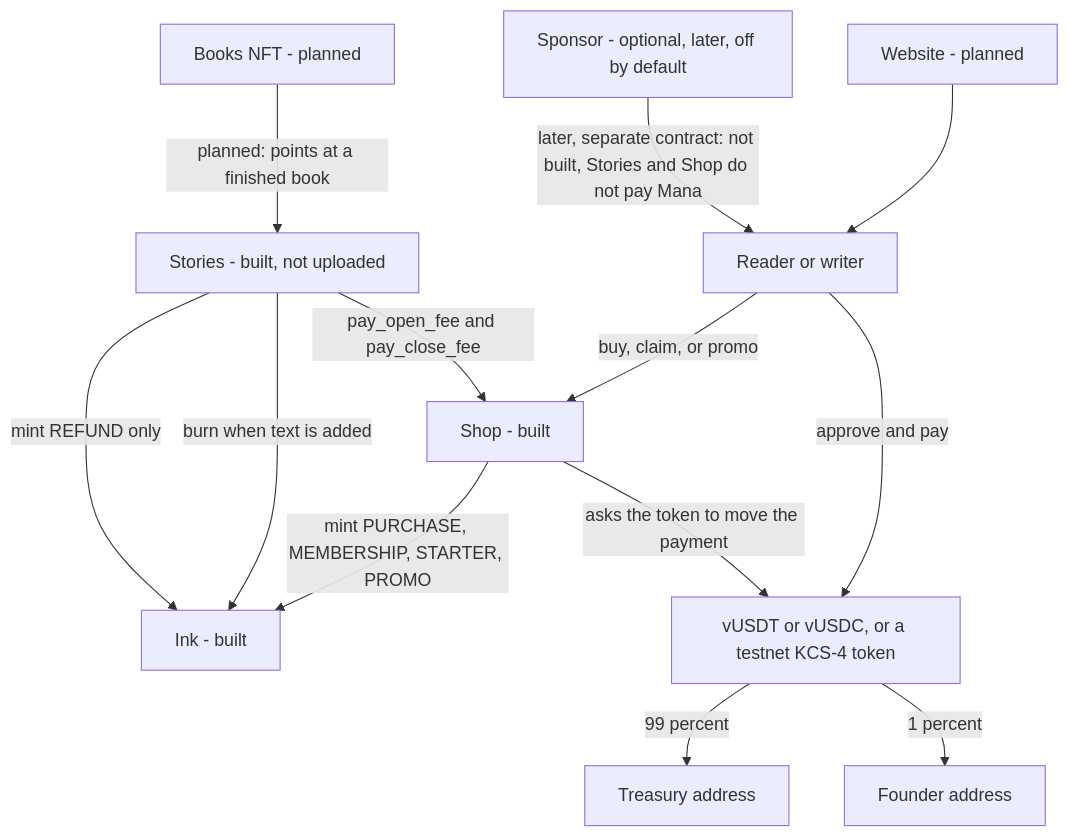
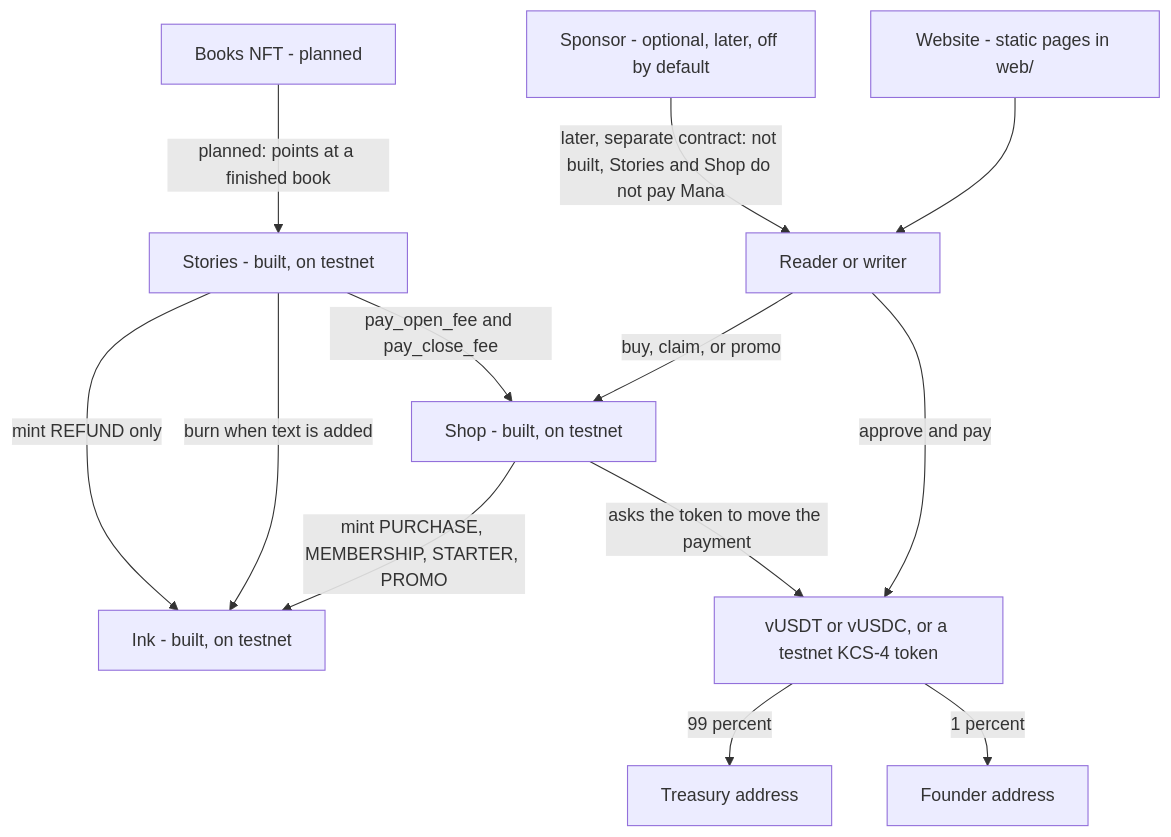
Before and after one commit to bawcejawn/Swarmtales: the diagram in README.md, drawn with Mermaid. The commit also changed other lines of this file and 29 other files, not shown here.

First line of the commit message:
Add a static testnet website with Kondor and KOIN Vault.

````diff
--- a/README.md
+++ b/README.md
@@ -82,26 +82,26 @@
 ```mermaid
 flowchart TD
   person[Reader or writer]
-  site[Website - planned]
-  shop[Shop - built]
-  ink[Ink - built]
-  stories[Stories - built, not uploaded]
+  site[Website - static pages in web/]
+  shop[Shop - built, on testnet]
+  ink[Ink - built, on testnet]
+  stories[Stories - built, on testnet]
   sponsor[Sponsor - optional, later, off by default]
   nft[Books NFT - planned]
   token[vUSDT or vUSDC, or a testnet KCS-4 token]
   treasury[Treasury address]
   founder[Founder address]
 
   site --> person
   person -->|approve and pay| token
   person -->|buy, claim, or promo| shop
   token -->|99 percent| treasury
   token -->|1 percent| founder
   shop -->|asks the token to move the payment| token
   shop -->|mint PURCHASE, MEMBERSHIP, STARTER, PROMO| ink
   stories -->|pay_open_fee and pay_close_fee| shop
   stories -->|burn when text is added| ink
   stories -->|mint REFUND only| ink
   nft -->|planned: points at a finished book| stories
   sponsor -->|later, separate contract: not built, Stories and Shop do not pay Mana| person
 ```
````
